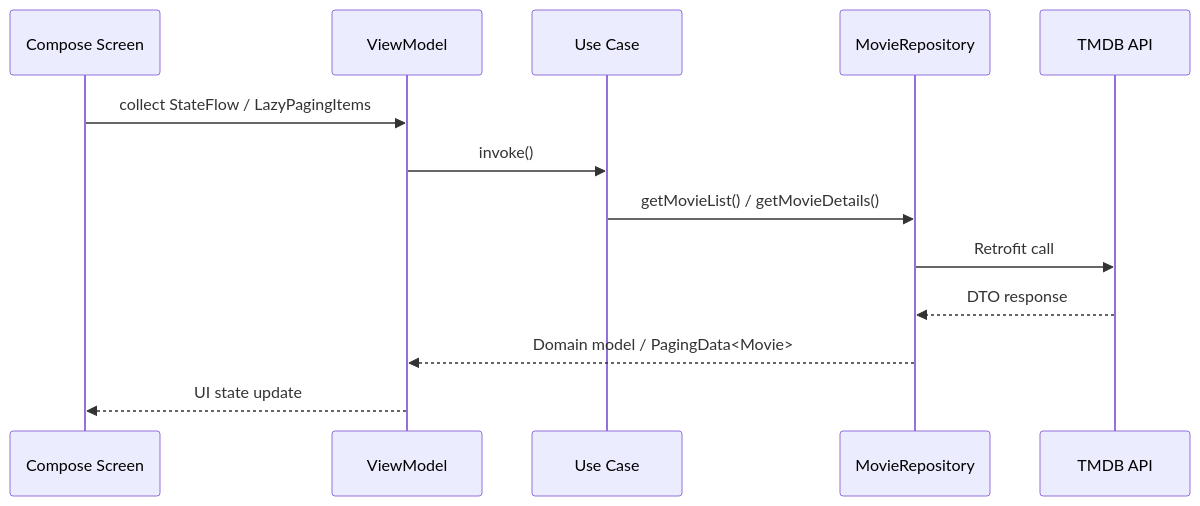
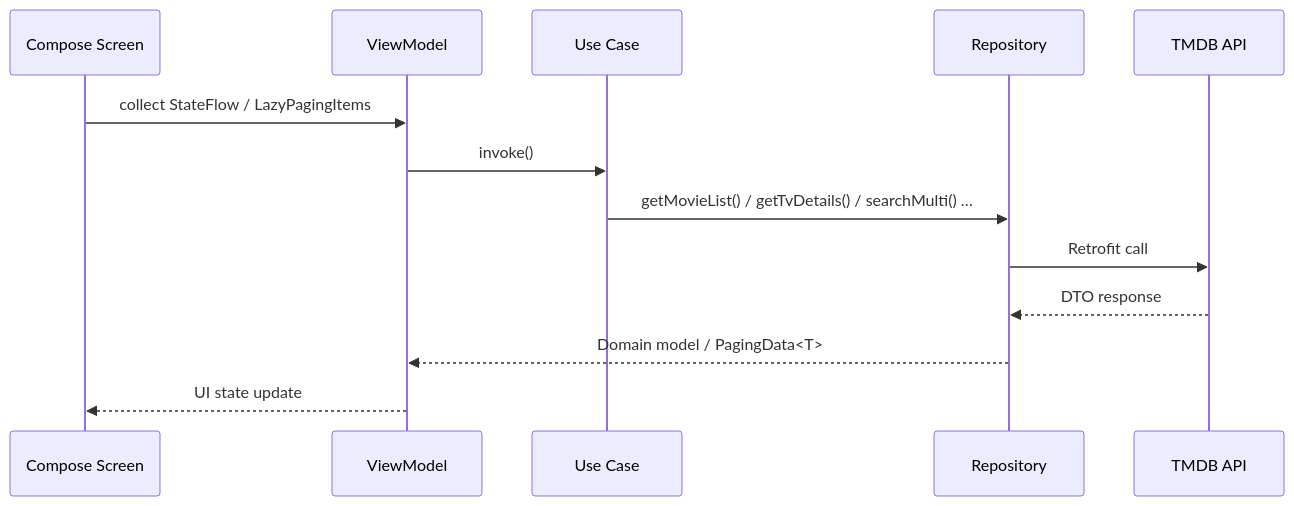
Before and after one commit to gspgobi/TMDB-v1: the second of 2 diagrams in README.md, drawn with Mermaid. The commit also changed other lines of this file, not shown here.

````diff
--- a/README.md
+++ b/README.md
@@ -82,16 +109,16 @@
 ```mermaid
 sequenceDiagram
     participant UI as Compose Screen
     participant VM as ViewModel
     participant UC as Use Case
-    participant Repo as MovieRepository
+    participant Repo as Repository
     participant API as TMDB API
 
     UI->>VM: collect StateFlow / LazyPagingItems
     VM->>UC: invoke()
-    UC->>Repo: getMovieList() / getMovieDetails()
+    UC->>Repo: getMovieList() / getTvDetails() / searchMulti() …
     Repo->>API: Retrofit call
     API-->>Repo: DTO response
-    Repo-->>VM: Domain model / PagingData<Movie>
+    Repo-->>VM: Domain model / PagingData<T>
     VM-->>UI: UI state update
 ```
````
